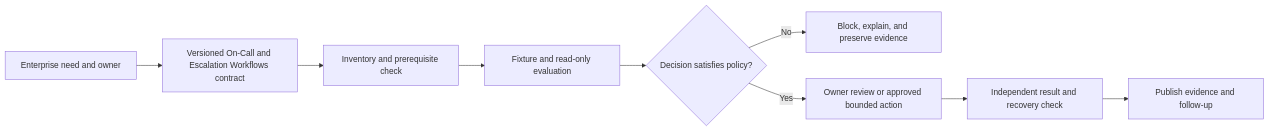
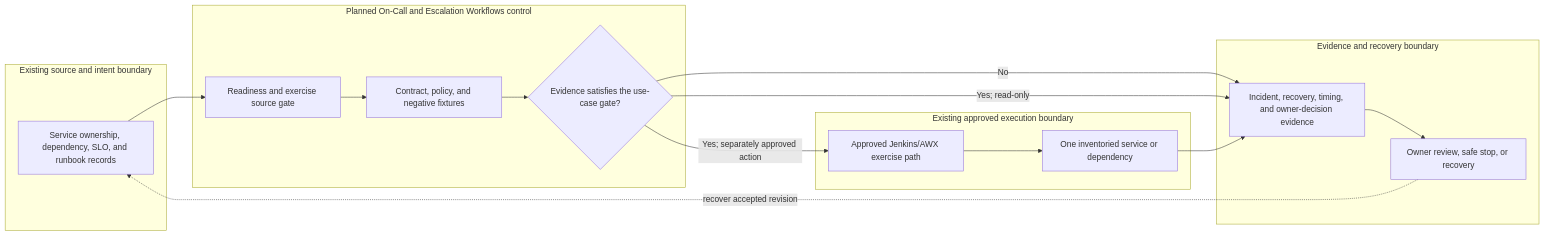
One commit to MIDHTECH/enterprise-architecture-docs changed the diagram in docs/use-cases/resilience/UC-RSO-005-on-call-and-escalation-workflows.md. Above: the diagram before and after it, drawn with Mermaid. The commit also changed other lines of this file and 227 other files, not shown here.

Commit message:
Deepen architecture for all use case designs

````diff
--- a/docs/use-cases/resilience/UC-RSO-005-on-call-and-escalation-workflows.md
+++ b/docs/use-cases/resilience/UC-RSO-005-on-call-and-escalation-workflows.md
@@ -136,11 +129,25 @@
 ```mermaid
 flowchart LR
-    Need["Enterprise need and owner"] --> Contract["Versioned On-Call and Escalation Workflows contract"]
-    Contract --> Preflight["Inventory and prerequisite check"]
-    Preflight --> Evaluate["Fixture and read-only evaluation"]
-    Evaluate --> Decision{"Decision satisfies policy?"}
-    Decision -->|No| Stop["Block, explain, and preserve evidence"]
-    Decision -->|Yes| Review["Owner review or approved bounded action"]
-    Review --> Verify["Independent result and recovery check"]
-    Verify --> Publish["Publish evidence and follow-up"]
+    subgraph Source["Existing source and intent boundary"]
+        A["Service ownership, dependency, SLO, and runbook records"]
+    end
+    subgraph Planned["Planned On-Call and Escalation Workflows control"]
+        B["Readiness and exercise source gate"]
+        C["Contract, policy, and negative fixtures"]
+        D{"Evidence satisfies the use-case gate?"}
+    end
+    subgraph Runtime["Existing approved execution boundary"]
+        E["Approved Jenkins/AWX exercise path"]
+        F["One inventoried service or dependency"]
+    end
+    subgraph Assurance["Evidence and recovery boundary"]
+        G["Incident, recovery, timing, and owner-decision evidence"]
+        H["Owner review, safe stop, or recovery"]
+    end
+
+    A --> B --> C --> D
+    D -->|No| G --> H
+    D -->|Yes; read-only| G
+    D -->|Yes; separately approved action| E --> F --> G
+    H -. recover accepted revision .-> A
 ```
````
